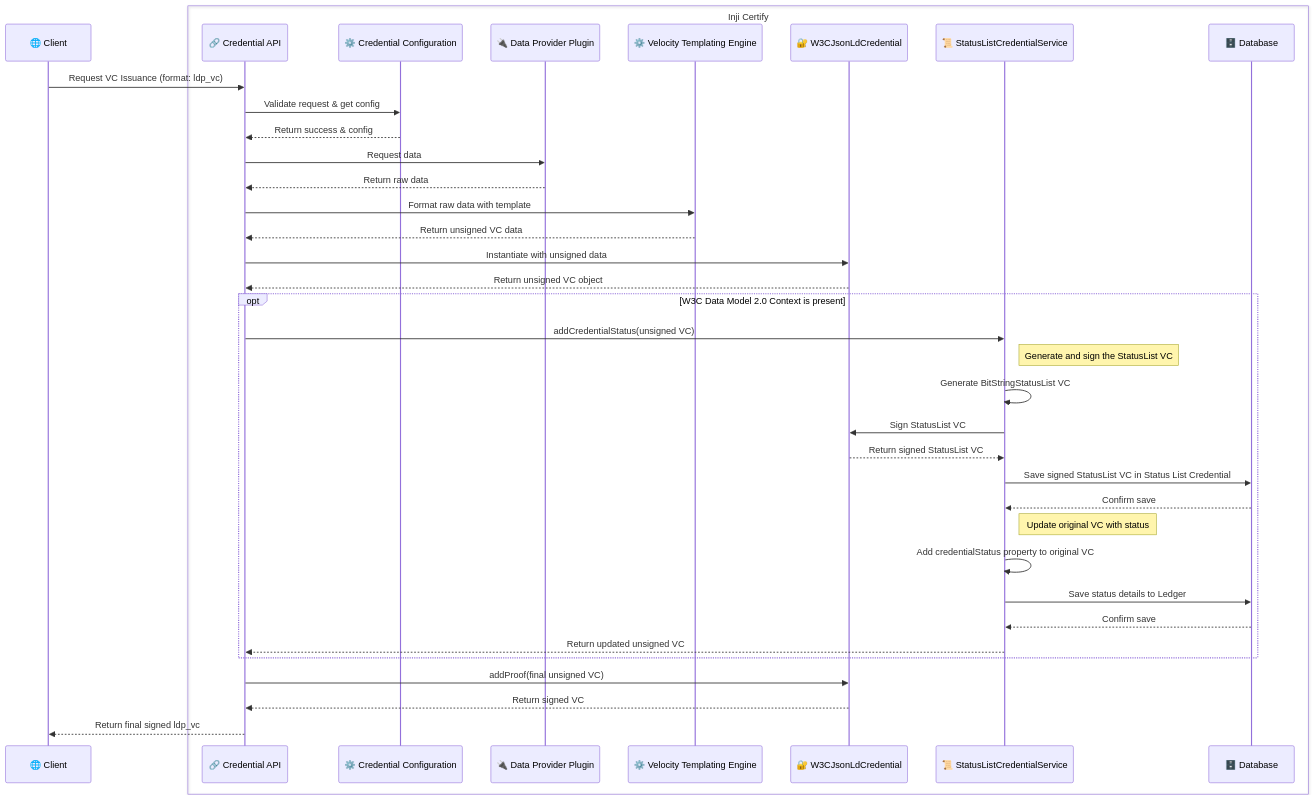
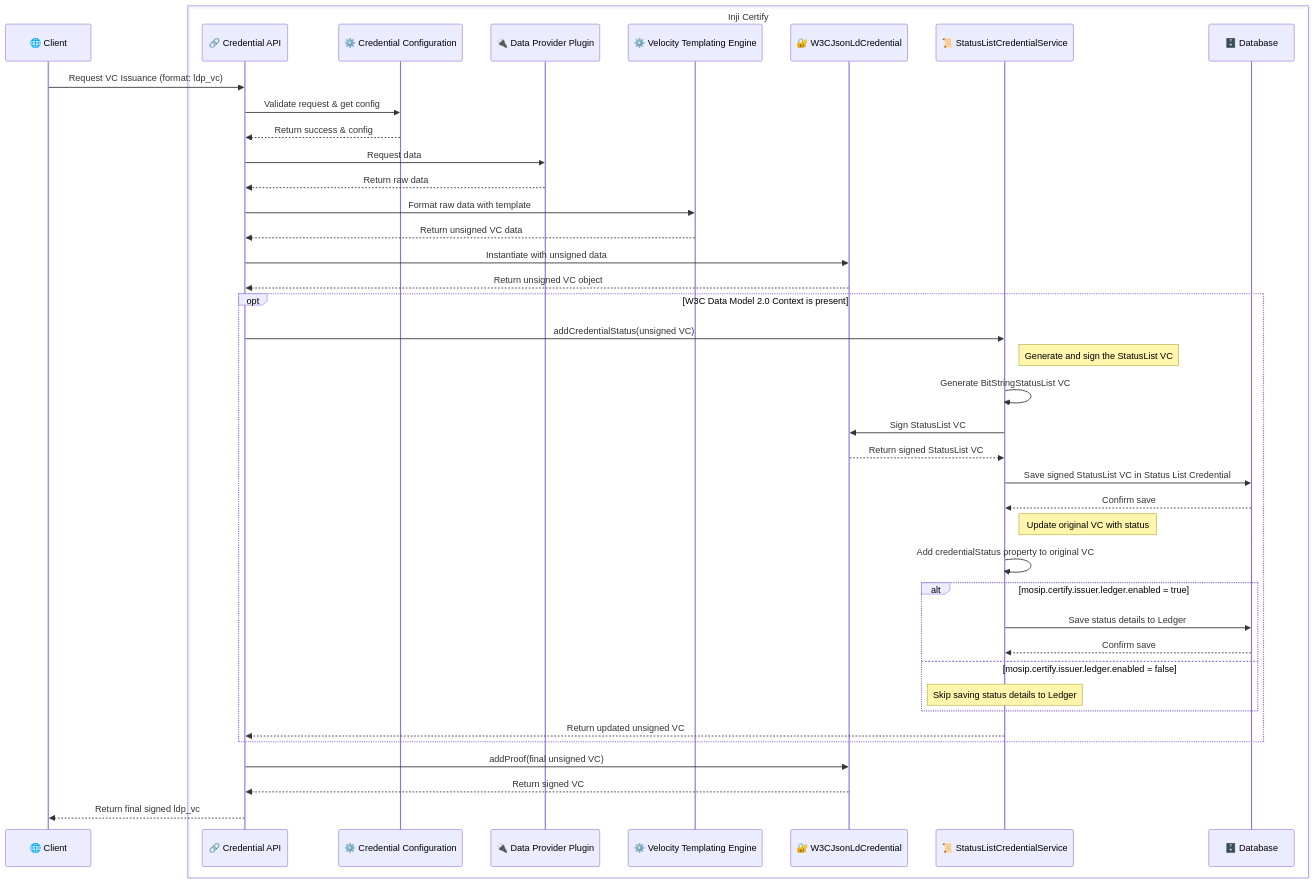
One commit to mosip/inji-certify changed the first of 5 diagrams in docs/VC-Revocation-Support.md. Above: the diagram before and after it, drawn with Mermaid. The commit also changed other lines of this file and 1 other file, not shown here.

````diff
--- a/docs/VC-Revocation-Support.md
+++ b/docs/VC-Revocation-Support.md
@@ -79,51 +76,57 @@
-    ```mermaid
-    sequenceDiagram
-        participant Client as 🌐 Client
-        box Inji Certify #E6F3FF
-        participant CredentialAPI as 🔗 Credential API
-        participant CredentialConfiguration as ⚙️ Credential Configuration
-        participant DataProviderPlugin as 🔌 Data Provider Plugin
-        participant VelocityTemplatingEngine as ⚙️ Velocity Templating Engine
-        participant W3CJsonLdCredential as 🔐 W3CJsonLdCredential
-        participant StatusListCredentialService as 📜 StatusListCredentialService
-        participant Database as 🗄️ Database
-        end
-    
-        Client->>CredentialAPI: Request VC Issuance (format: ldp_vc)
-    
-        CredentialAPI->>CredentialConfiguration: Validate request & get config
-        CredentialConfiguration-->>CredentialAPI: Return success & config
-    
-        CredentialAPI->>DataProviderPlugin: Request data
-        DataProviderPlugin-->>CredentialAPI: Return raw data
-    
-        CredentialAPI->>VelocityTemplatingEngine: Format raw data with template
-        VelocityTemplatingEngine-->>CredentialAPI: Return unsigned VC data
-    
-        CredentialAPI->>W3CJsonLdCredential: Instantiate with unsigned data
-        W3CJsonLdCredential-->>CredentialAPI: Return unsigned VC object
-    
-        opt W3C Data Model 2.0 Context is present
-            CredentialAPI->>StatusListCredentialService: addCredentialStatus(unsigned VC)
-            
-            note right of StatusListCredentialService: Generate and sign the StatusList VC
-            StatusListCredentialService->>StatusListCredentialService: Generate BitStringStatusList VC
-            StatusListCredentialService->>W3CJsonLdCredential: Sign StatusList VC
-            W3CJsonLdCredential-->>StatusListCredentialService: Return signed StatusList VC
-            
-            StatusListCredentialService->>Database: Save signed StatusList VC in Status List Credential
-            Database-->>StatusListCredentialService: Confirm save
-            
-            note right of StatusListCredentialService: Update original VC with status
-            StatusListCredentialService->>StatusListCredentialService: Add credentialStatus property to original VC
+```mermaid
+  sequenceDiagram
+    participant Client as 🌐 Client
+    box Inji Certify #E6F3FF
+    participant CredentialAPI as 🔗 Credential API
+    participant CredentialConfiguration as ⚙️ Credential Configuration
+    participant DataProviderPlugin as 🔌 Data Provider Plugin
+    participant VelocityTemplatingEngine as ⚙️ Velocity Templating Engine
+    participant W3CJsonLdCredential as 🔐 W3CJsonLdCredential
+    participant StatusListCredentialService as 📜 StatusListCredentialService
+    participant Database as 🗄️ Database
+    end
+
+    Client->>CredentialAPI: Request VC Issuance (format: ldp_vc)
+
+    CredentialAPI->>CredentialConfiguration: Validate request & get config
+    CredentialConfiguration-->>CredentialAPI: Return success & config
+
+    CredentialAPI->>DataProviderPlugin: Request data
+    DataProviderPlugin-->>CredentialAPI: Return raw data
+
+    CredentialAPI->>VelocityTemplatingEngine: Format raw data with template
+    VelocityTemplatingEngine-->>CredentialAPI: Return unsigned VC data
+
+    CredentialAPI->>W3CJsonLdCredential: Instantiate with unsigned data
+    W3CJsonLdCredential-->>CredentialAPI: Return unsigned VC object
+
+    opt W3C Data Model 2.0 Context is present
+        CredentialAPI->>StatusListCredentialService: addCredentialStatus(unsigned VC)
+
+        note right of StatusListCredentialService: Generate and sign the StatusList VC
+        StatusListCredentialService->>StatusListCredentialService: Generate BitStringStatusList VC
+        StatusListCredentialService->>W3CJsonLdCredential: Sign StatusList VC
+        W3CJsonLdCredential-->>StatusListCredentialService: Return signed StatusList VC
+
+        StatusListCredentialService->>Database: Save signed StatusList VC in Status List Credential
+        Database-->>StatusListCredentialService: Confirm save
+
+        note right of StatusListCredentialService: Update original VC with status
+        StatusListCredentialService->>StatusListCredentialService: Add credentialStatus property to original VC
+
+        alt mosip.certify.issuer.ledger.enabled = true
             StatusListCredentialService->>Database: Save status details to Ledger
             Database-->>StatusListCredentialService: Confirm save
-            
-            StatusListCredentialService-->>CredentialAPI: Return updated unsigned VC
+        else mosip.certify.issuer.ledger.enabled = false
+            Note over StatusListCredentialService: Skip saving status details to Ledger
         end
-    
-        CredentialAPI->>W3CJsonLdCredential: addProof(final unsigned VC)
-        W3CJsonLdCredential-->>CredentialAPI: Return signed VC
-    
-        CredentialAPI-->>Client: Return final signed ldp_vc
-    ```
+
+        StatusListCredentialService-->>CredentialAPI: Return updated unsigned VC
+    end
+
+    CredentialAPI->>W3CJsonLdCredential: addProof(final unsigned VC)
+    W3CJsonLdCredential-->>CredentialAPI: Return signed VC
+
+    CredentialAPI-->>Client: Return final signed ldp_vc
+
+```
````
